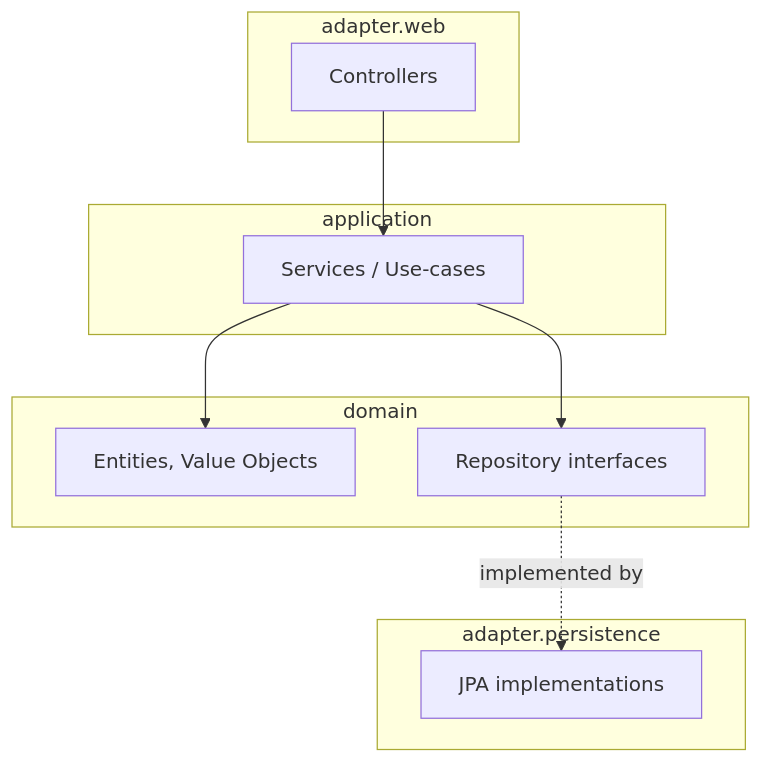
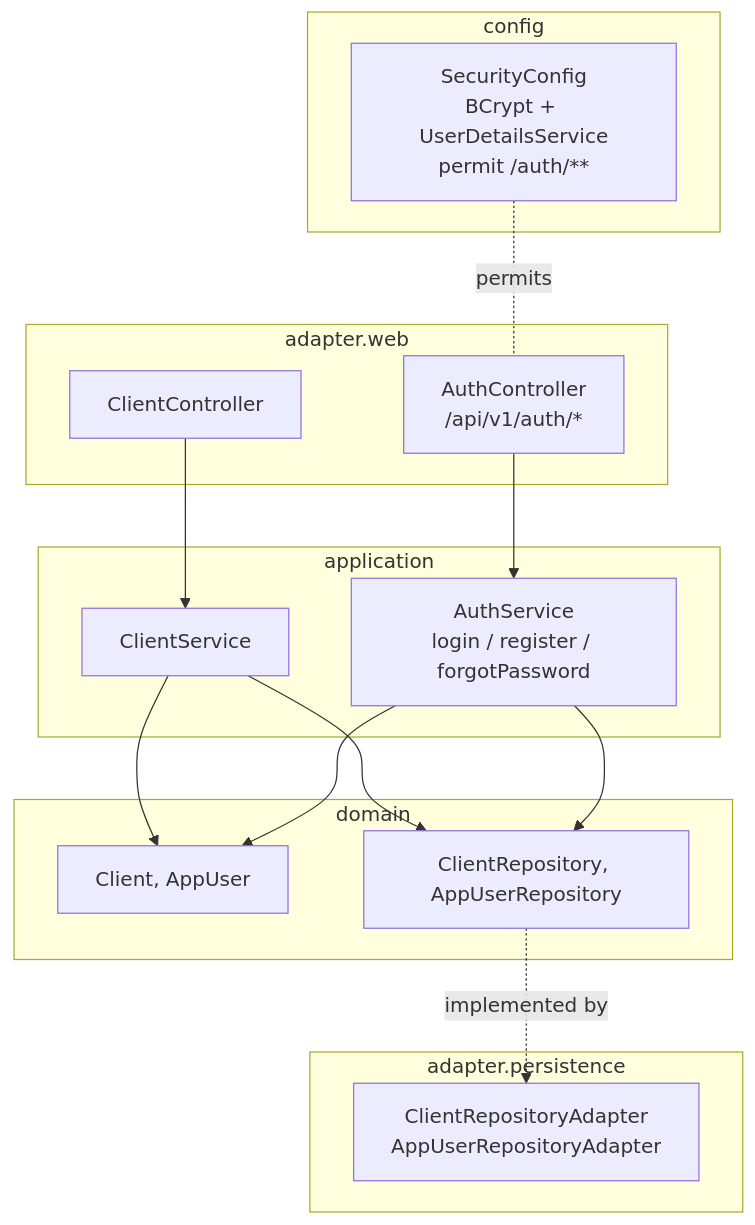
One commit to elsonveliu240186/invoice-tracker changed the third of 4 diagrams in docs/ARCHITECTURE.md. Above: the diagram before and after it, drawn with Mermaid. The commit also changed other lines of this file and 94 other files, not shown here.

````diff
--- a/docs/ARCHITECTURE.md
+++ b/docs/ARCHITECTURE.md
@@ -35,20 +37,29 @@
 ```mermaid
 flowchart TB
     subgraph adapter_web["adapter.web"]
-        ctl[Controllers]
+        ctl[ClientController]
+        auth_ctl[AuthController<br/>/api/v1/auth/*]
     end
     subgraph application["application"]
-        svc[Services / Use-cases]
+        svc[ClientService]
+        auth_svc[AuthService<br/>login / register / forgotPassword]
     end
     subgraph domain["domain"]
-        entities[Entities, Value Objects]
-        repos[Repository interfaces]
+        entities[Client, AppUser]
+        repos[ClientRepository, AppUserRepository]
     end
     subgraph adapter_persistence["adapter.persistence"]
-        jpa[JPA implementations]
+        jpa[ClientRepositoryAdapter<br/>AppUserRepositoryAdapter]
+    end
+    subgraph config["config"]
+        sec[SecurityConfig<br/>BCrypt + UserDetailsService<br/>permit /auth/**]
     end
     ctl --> svc
+    auth_ctl --> auth_svc
     svc --> entities
+    auth_svc --> entities
     svc --> repos
+    auth_svc --> repos
     repos -.implemented by.-> jpa
+    sec -.permits.- auth_ctl
 ```
````
